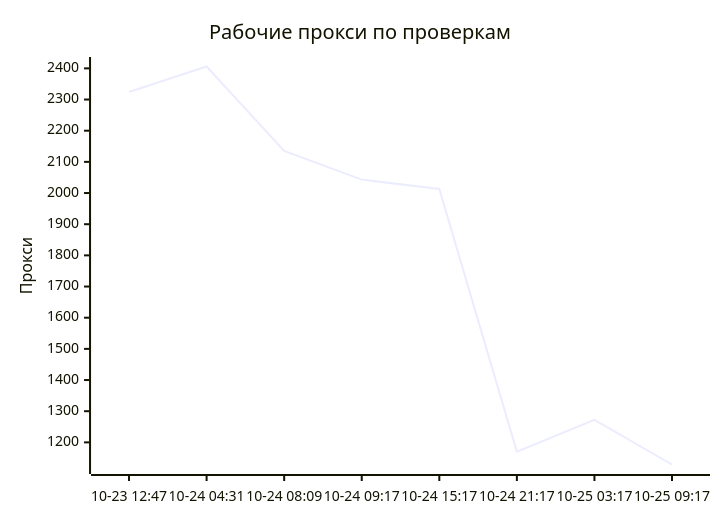
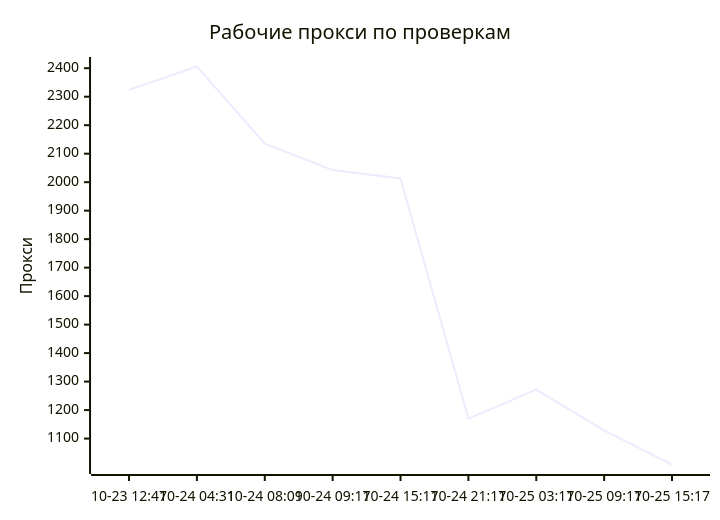
One commit to rvvg/proxy-subs changed the first of 4 diagrams in README.md. Above: the diagram before and after it, drawn with Mermaid. The commit also changed other lines of this file and 50 other files, not shown here.

````diff
--- a/README.md
+++ b/README.md
@@ -124,7 +119,7 @@
 ```mermaid
 xychart-beta
     title "Рабочие прокси по проверкам"
-    x-axis ["10-23 12:47", "10-24 04:31", "10-24 08:09", "10-24 09:17", "10-24 15:17", "10-24 21:17", "10-25 03:17", "10-25 09:17"]
+    x-axis ["10-23 12:47", "10-24 04:31", "10-24 08:09", "10-24 09:17", "10-24 15:17", "10-24 21:17", "10-25 03:17", "10-25 09:17", "10-25 15:17"]
     y-axis "Прокси"
-    line [2324, 2406, 2135, 2043, 2013, 1170, 1272, 1129]
+    line [2324, 2406, 2135, 2043, 2013, 1170, 1272, 1129, 1009]
 ```
````
